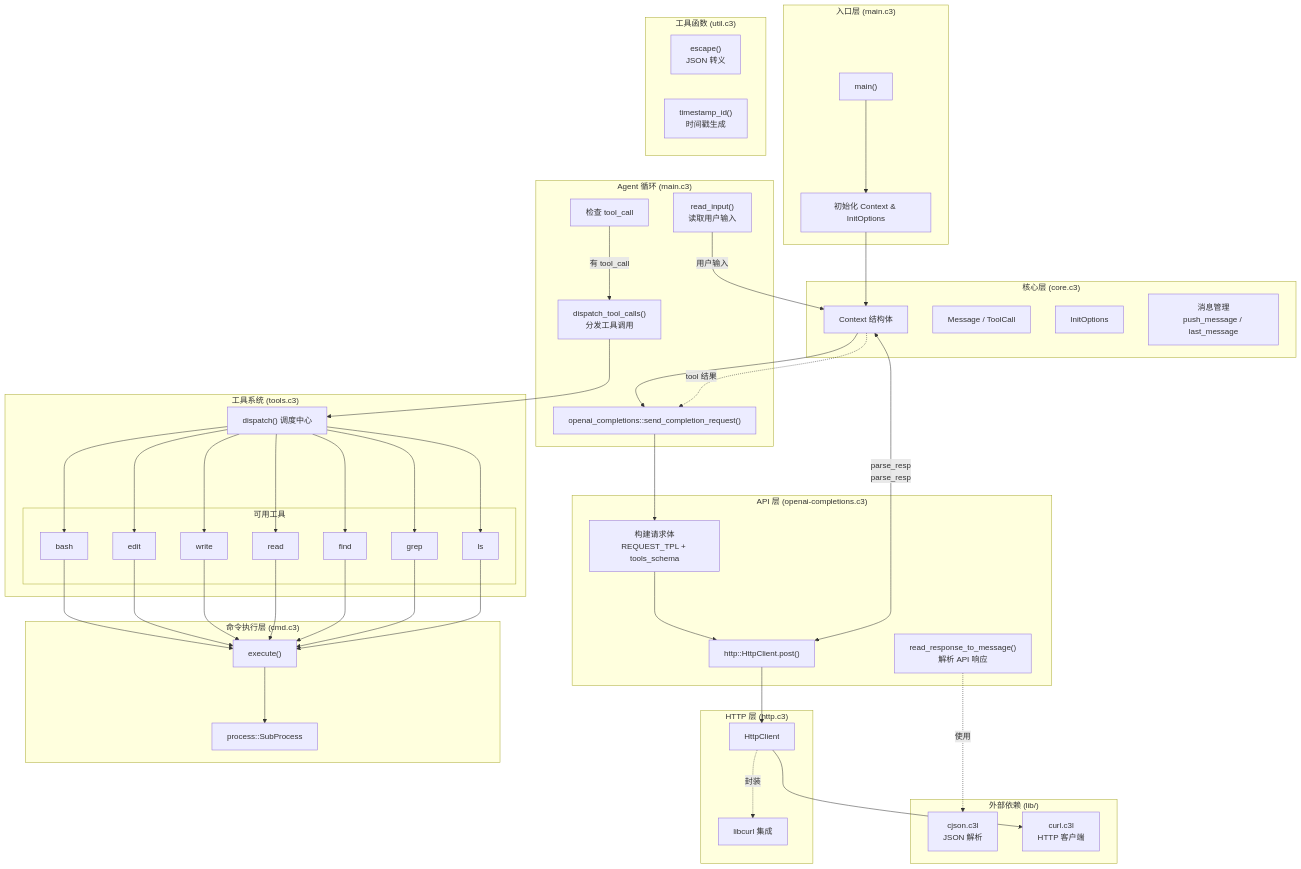
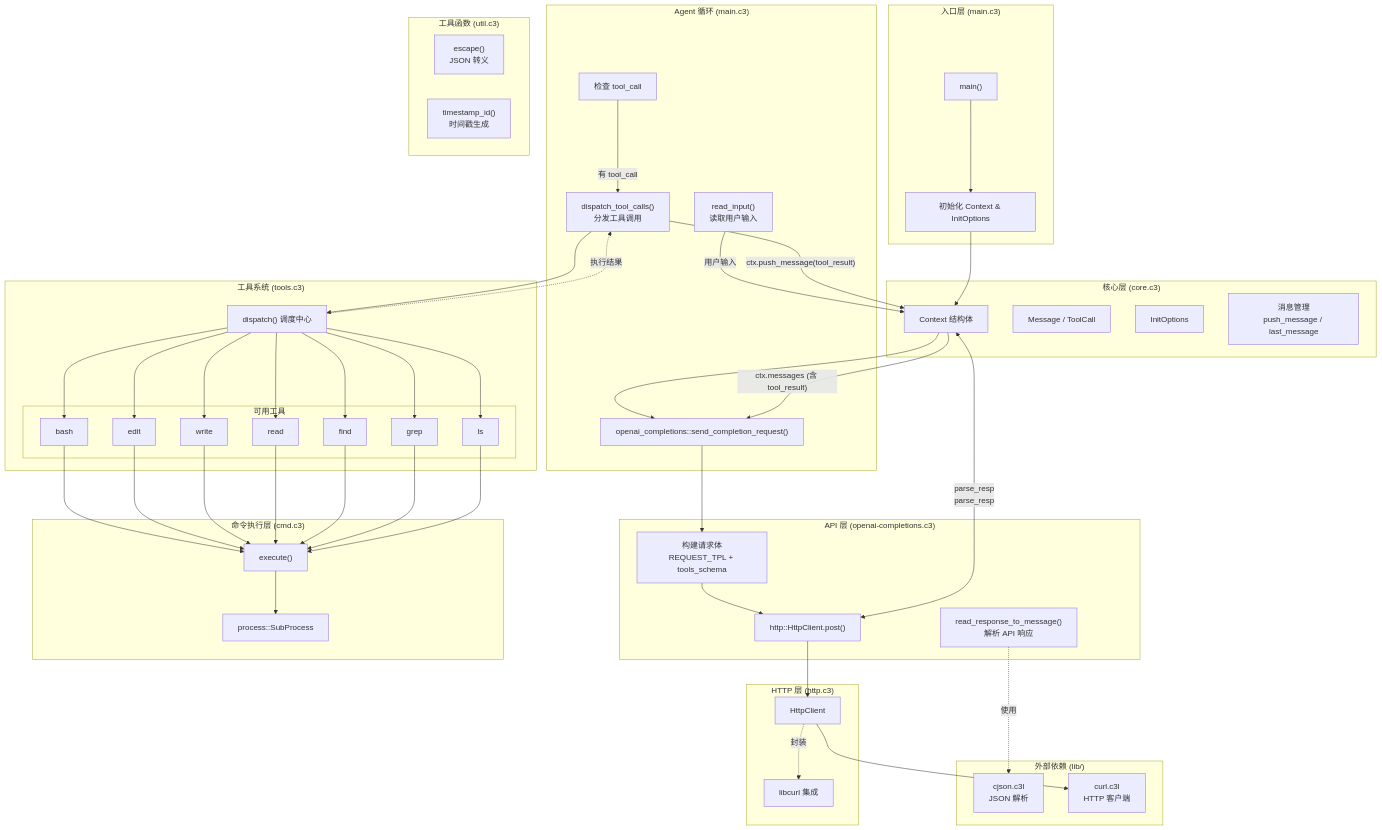
One commit to yuekcc/mini-pi changed the diagram in README.md. Above: the diagram before and after it, drawn with Mermaid.

```diff
--- a/README.md
+++ b/README.md
@@ -94,8 +94,9 @@
     ls --> cmd_exec
     
     cmd_exec --> subprocess
-    
-    context -.->|tool 结果| send_req
+    dispatcher -.->|执行结果| dispatch_tool
+    dispatch_tool -->|"ctx.push_message(tool_result)"| context
+    context -->|"ctx.messages (含 tool_result)"| send_req
     
     parse_resp -.->|使用| cjson
     http_client -.->|封装| curl
```
